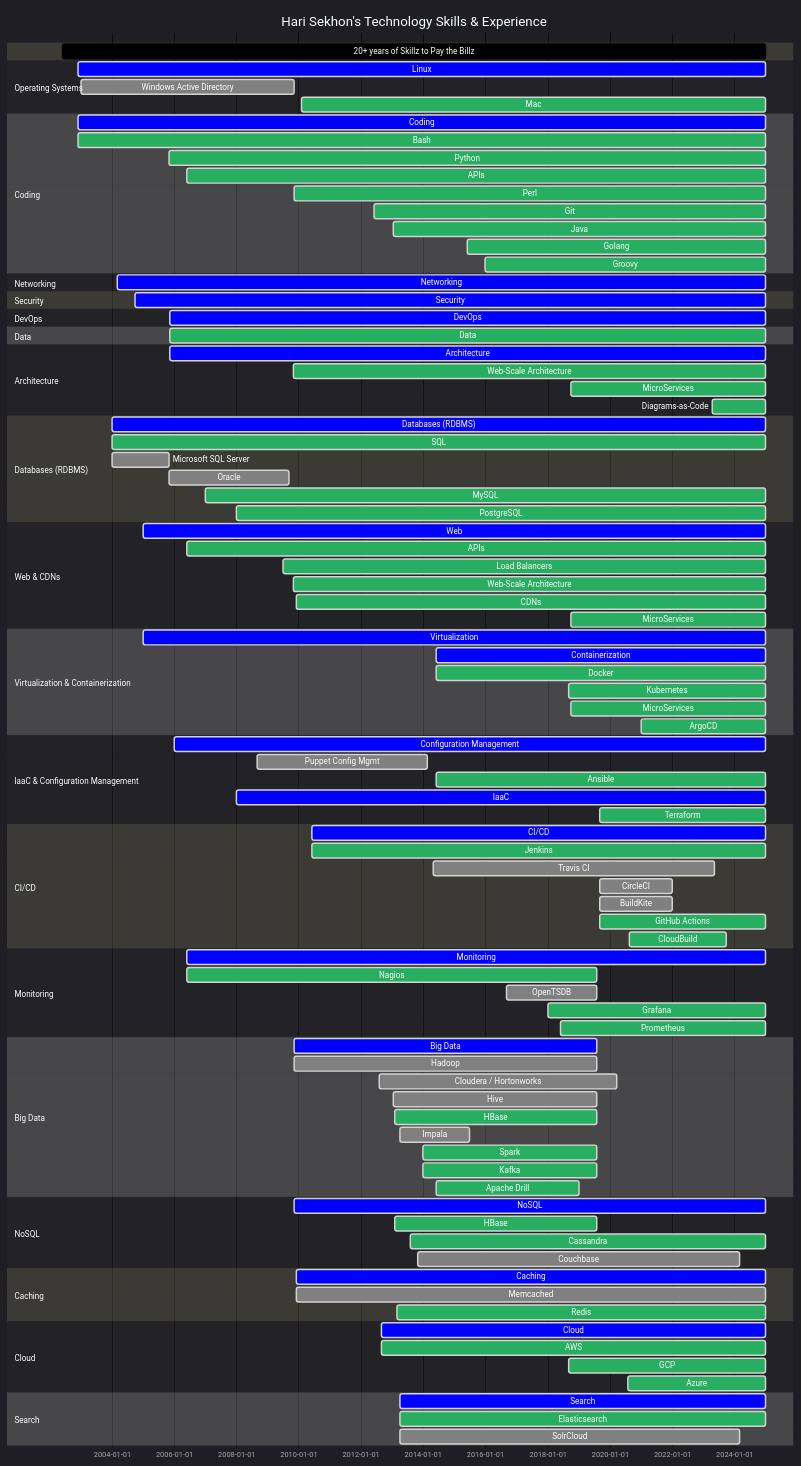
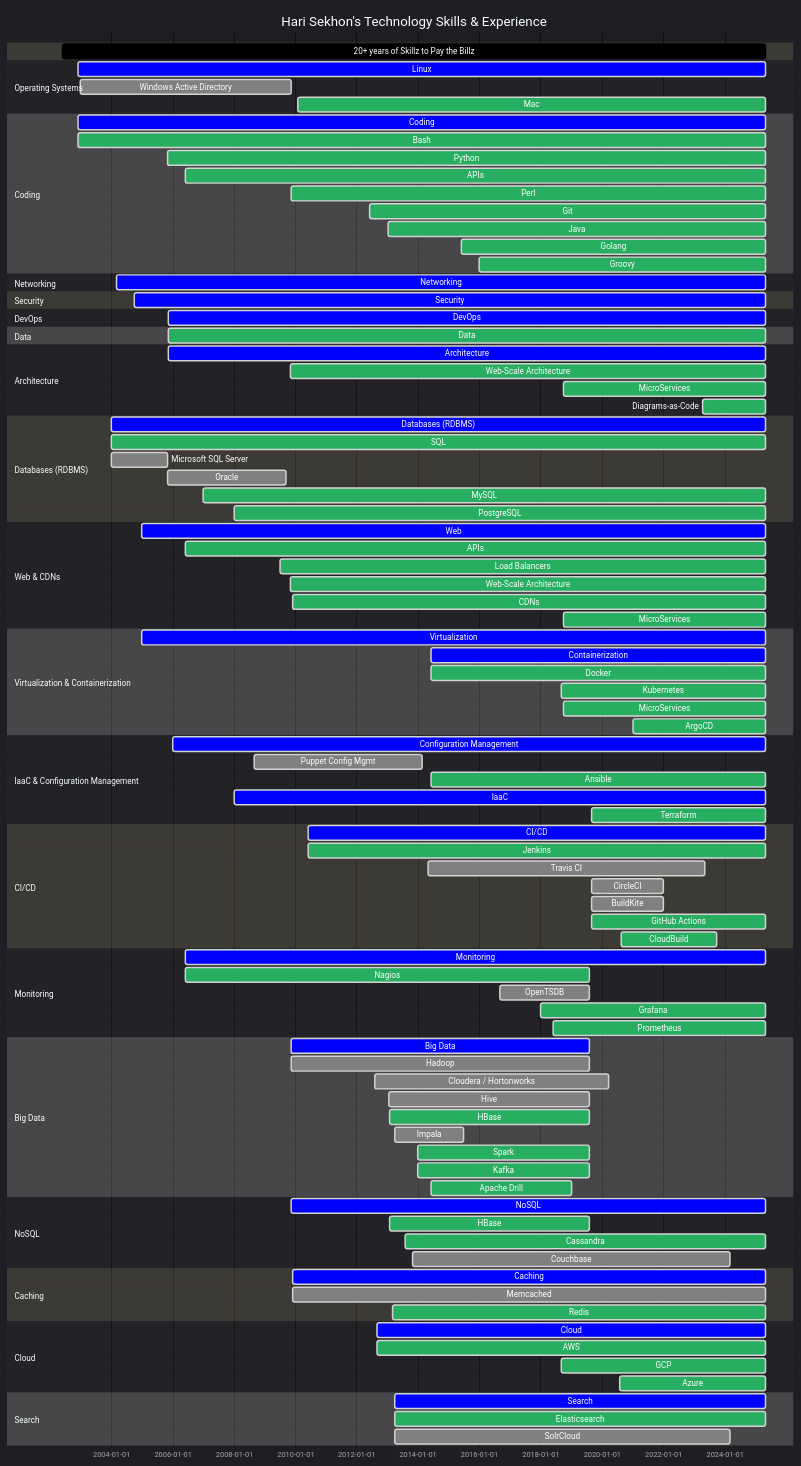
Before and after one commit to HariSekhon/HariSekhon: the second of 2 diagrams in README.md, drawn with Mermaid. The commit also changed other lines of this file, not shown here.

````diff
--- a/README.md
+++ b/README.md
@@ -1367,129 +1367,129 @@
     title Hari Sekhon's Technology Skills & Experience
     dateFormat  YYYY-MM-DD
 
-    20+ years of Skillz to Pay the Billz : 2002-06-01, 2024-12-31
+    20+ years of Skillz to Pay the Billz : 2002-06-01, 2025-04-30
 
     section Operating Systems
-    Linux                    : crit, 2002-12-01, 2024-12-31
+    Linux                    : crit, 2002-12-01, 2025-04-30
     Windows Active Directory : done, 2003-01-01, 2009-11-10
-    %%Redhat Linux             : active, 2002-12-01, 2024-12-31
-    %%Debian Linux             : active, 2003-01-01, 2024-12-31
+    %%Redhat Linux             : active, 2002-12-01, 2025-04-30
+    %%Debian Linux             : active, 2003-01-01, 2025-04-30
     %%Gentoo Linux             : done, 2004-06-01, 2009-11-10
-    %%Ubuntu Linux             : active, 2006-06-01, 2024-12-31
-    %%Alpine Linux             : done, 2016-01-01, 2024-12-31
-    Mac                      : active, 2010-02-01, 2024-12-31
+    %%Ubuntu Linux             : active, 2006-06-01, 2025-04-30
+    %%Alpine Linux             : done, 2016-01-01, 2025-04-30
+    Mac                      : active, 2010-02-01, 2025-04-30
 
     section Coding
-    Coding                 : crit, 2002-12-01, 2024-12-31
-    Bash                   : active, 2002-12-01, 2024-12-31
-    Python                 : active, 2005-11-01, 2024-12-31
-    APIs                   : active, 2006-06-01, 2024-12-31
+    Coding                 : crit, 2002-12-01, 2025-04-30
+    Bash                   : active, 2002-12-01, 2025-04-30
+    Python                 : active, 2005-11-01, 2025-04-30
+    APIs                   : active, 2006-06-01, 2025-04-30
     %%VBScript               : done, 2005-05-01, 2009-11-01
-    Perl                   : active, 2009-11-13, 2024-12-31
-    Git                    : active, 2012-06-01, 2024-12-31
+    Perl                   : active, 2009-11-13, 2025-04-30
+    Git                    : active, 2012-06-01, 2025-04-30
     %%Ruby                   : done, 2009-11-13, 2013-01-31
-    Java                   : active, 2013-01-13, 2024-12-31
+    Java                   : active, 2013-01-13, 2025-04-30
     %%Jython                 : done, 2013-01-13, 2015-12-31
     %%JRuby                  : done, 2013-03-01, 2013-08-31
     %%Scala                  : done, 2014-01-01, 2015-12-31
-    Golang                 : active, 2015-06-01, 2024-12-31
-    Groovy                 : active, 2016-01-01, 2024-12-31
+    Golang                 : active, 2015-06-01, 2025-04-30
+    Groovy                 : active, 2016-01-01, 2025-04-30
 
     %%section Build Systems
-    %%Make                   : active, 2006-06-01, 2024-12-31
-    %%Maven                  : active, 2013-02-01, 2024-12-31
-    %%SBT                    : active, 2014-01-01, 2024-12-31
-    %%Gradle                 : active, 2014-06-01, 2024-12-31
+    %%Make                   : active, 2006-06-01, 2025-04-30
+    %%Maven                  : active, 2013-02-01, 2025-04-30
+    %%SBT                    : active, 2014-01-01, 2025-04-30
+    %%Gradle                 : active, 2014-06-01, 2025-04-30
 
     %%section Version Control Systems
     %%Subversion             : done, 2005-11-13, 2012-06-01
     %%Mercurial              : done, 2011-06-01, 2013-06-01
-    %%Git                    : active, 2012-06-01, 2024-12-31
-    %%GitHub                 : active, 2012-12-31, 2024-12-31
+    %%Git                    : active, 2012-06-01, 2025-04-30
+    %%GitHub                 : active, 2012-12-31, 2025-04-30
 
     section Networking
-    Networking             : crit, 2004-03-01, 2024-12-31
-    %%VPNs                   : active, 2006-06-01, 2024-12-31
-    %%Cisco - IOS / NX-OS    : done, 2004-03-01, 2024-12-31
+    Networking             : crit, 2004-03-01, 2025-04-30
+    %%VPNs                   : active, 2006-06-01, 2025-04-30
+    %%Cisco - IOS / NX-OS    : done, 2004-03-01, 2025-04-30
     %%Juniper - Netscreen / SSG / SRX / ScreenOS / JunOS : done, 2007-01-01, 2013-01-18
     %%Netgear                : done, 2005-01-01, 2012-12-31
 
     section Load Balancers
 
     section Security
-    Security               : crit, 2004-10-01, 2024-12-31
-    %%Kerberos               : active, 2006-06-01, 2024-12-31
-    %%LDAP                   : active, 2006-06-01, 2024-12-31
+    Security               : crit, 2004-10-01, 2025-04-30
+    %%Kerberos               : active, 2006-06-01, 2025-04-30
+    %%LDAP                   : active, 2006-06-01, 2025-04-30
 
     section DevOps
-    DevOps                   : crit, 2005-11-11, 2024-12-31
+    DevOps                   : crit, 2005-11-11, 2025-04-30
 
     section Data
-    Data                   : active, 2005-11-11, 2024-12-31
-    %%Data Validation        : done, 2006-06-01, 2024-12-31
-    %%Data Science           : done, 2013-01-18, 2024-12-31
+    Data                   : active, 2005-11-11, 2025-04-30
+    %%Data Validation        : done, 2006-06-01, 2025-04-30
+    %%Data Science           : done, 2013-01-18, 2025-04-30
 
     section Architecture
-    Architecture            : crit,   2005-11-11, 2024-12-31
-    Web-Scale Architecture  : active, 2009-11-01, 2024-12-31
-    MicroServices           : active, 2018-10-01, 2024-12-31
-    Diagrams-as-Code        : active, 2023-04-14, 2024-12-31
+    Architecture            : crit,   2005-11-11, 2025-04-30
+    Web-Scale Architecture  : active, 2009-11-01, 2025-04-30
+    MicroServices           : active, 2018-10-01, 2025-04-30
+    Diagrams-as-Code        : active, 2023-04-14, 2025-04-30
 
     section Databases (RDBMS)
-    Databases (RDBMS)      : crit, 2004-01-01, 2024-12-31
-    SQL                    : active, 2004-01-01, 2024-12-31
+    Databases (RDBMS)      : crit, 2004-01-01, 2025-04-30
+    SQL                    : active, 2004-01-01, 2025-04-30
     Microsoft SQL Server   : done, 2004-01-01, 2005-10-31
     Oracle                 : done, 2005-11-01, 2009-09-10
-    MySQL                  : active, 2007-01-01, 2024-12-31
-    PostgreSQL             : active, 2008-01-01, 2024-12-31
+    MySQL                  : active, 2007-01-01, 2025-04-30
+    PostgreSQL             : active, 2008-01-01, 2025-04-30
 
     section Web & CDNs
-    Web                    : crit, 2005-01-01, 2024-12-31
-    APIs                   : active, 2006-06-01, 2024-12-31
+    Web                    : crit, 2005-01-01, 2025-04-30
+    APIs                   : active, 2006-06-01, 2025-04-30
 
-    Load Balancers         : active, 2009-07-01, 2024-12-31
+    Load Balancers         : active, 2009-07-01, 2025-04-30
     %%LVS                    : done, 2009-01-01, 2009-11-11
     %%Foundry - ServerIron XL / 4G : done, 2009-10-13, 2011-11-31
     %%F5 BigIP               : done, 2010-06-01, 2013-01-18
-    %%HAProxy                : active, 2018-04-01, 2024-12-31
-    %%Kong                   : active, 2023-03-01, 2024-12-31
-    %%Traefik                : active, 2023-03-01, 2024-12-31
+    %%HAProxy                : active, 2018-04-01, 2025-04-30
+    %%Kong                   : active, 2023-03-01, 2025-04-30
+    %%Traefik                : active, 2023-03-01, 2025-04-30
 
-    Web-Scale Architecture : active, 2009-11-01, 2024-12-31
-    CDNs                   : active, 2009-12-01, 2024-12-31
+    Web-Scale Architecture : active, 2009-11-01, 2025-04-30
+    CDNs                   : active, 2009-12-01, 2025-04-30
     %%UlraDNS                : done, 2009-11-01, 2012-06-31
     %%Cotendo                : done, 2012-06-01, 2013-01-13
-    %%Cloudflare             : active, 2020-08-20, 2024-12-31
-    MicroServices            : active, 2018-10-01, 2024-12-31
+    %%Cloudflare             : active, 2020-08-20, 2025-04-30
+    MicroServices            : active, 2018-10-01, 2025-04-30
 
     section Virtualization & Containerization
-    Virtualization         : crit, 2005-01-01, 2024-12-31
+    Virtualization         : crit, 2005-01-01, 2025-04-30
     %%VMware ESX, ESXi, VirtualBox : done, 2005-01-01, 2017-02-16
     %%Vagrant                : active, 2013-01-01, 2023-12-31
-    Containerization       : crit, 2014-06-01, 2024-12-31
-    Docker                 : active, 2014-06-01, 2024-12-31
-    Kubernetes             : active, 2018-09-01, 2024-12-31
-    MicroServices          : active, 2018-10-01, 2024-12-31
-    ArgoCD                 : active, 2021-01-01, 2024-12-31
+    Containerization       : crit, 2014-06-01, 2025-04-30
+    Docker                 : active, 2014-06-01, 2025-04-30
+    Kubernetes             : active, 2018-09-01, 2025-04-30
+    MicroServices          : active, 2018-10-01, 2025-04-30
+    ArgoCD                 : active, 2021-01-01, 2025-04-30
 
     section IaaC & Configuration Management
-    Configuration Management :crit, 2006-01-01, 2024-12-31
+    Configuration Management :crit, 2006-01-01, 2025-04-30
     Puppet Config Mgmt     : done, 2008-09-01, 2014-02-18
-    Ansible                : active, 2014-06-01, 2024-12-31
-    IaaC                   :crit, 2008-01-01, 2024-12-31
-    Terraform              :active, 2019-09-01, 2024-12-31
+    Ansible                : active, 2014-06-01, 2025-04-30
+    IaaC                   :crit, 2008-01-01, 2025-04-30
+    Terraform              :active, 2019-09-01, 2025-04-30
     %%Terraform Cloud        : active, 2021-09-01, 2022-09-31
-    %%Kickstart              : active, 2008-01-01, 2024-12-31
-    %%Preseed                : active, 2009-01-01, 2024-12-31
-    %%AutoInstall            : active, 2023-01-01, 2024-12-31
+    %%Kickstart              : active, 2008-01-01, 2025-04-30
+    %%Preseed                : active, 2009-01-01, 2025-04-30
+    %%AutoInstall            : active, 2023-01-01, 2025-04-30
 
     section CI/CD
-    CI/CD                  : crit, 2010-06-01, 2024-12-31
-    Jenkins                : active, 2010-06-01, 2024-12-31
+    CI/CD                  : crit, 2010-06-01, 2025-04-30
+    Jenkins                : active, 2010-06-01, 2025-04-30
     Travis CI              : done, 2014-05-01, 2023-05-08
     CircleCI               : done, 2019-09-01, 2021-12-31
     BuildKite              : done, 2019-09-01, 2021-12-31
-    GitHub Actions         : active, 2019-09-01, 2024-12-31
+    GitHub Actions         : active, 2019-09-01, 2025-04-30
     %%GitLab                 : active, 2019-09-01, 2022-12-31
     %%Azure DevOps           : done, 2019-09-01, 2022-12-31
     %%Bitbucket              : done, 2019-09-01, 2022-12-31
@@ -1498,11 +1498,11 @@
     CloudBuild             : active, 2020-08-20, 2023-09-30
 
     section Monitoring
-    Monitoring             : crit, 2006-06-01, 2024-12-31
+    Monitoring             : crit, 2006-06-01, 2025-04-30
     Nagios                 : active, 2006-06-01, 2019-07-31
     OpenTSDB               : done, 2016-09-01, 2019-07-31
-    Grafana                : active, 2018-01-01, 2024-12-31
-    Prometheus             : active, 2018-06-01, 2024-12-31
+    Grafana                : active, 2018-01-01, 2025-04-30
+    Prometheus             : active, 2018-06-01, 2025-04-30
     %%Pingdom                : done, 2020-08-20, 2023-09-17
     %%Datadog                : done, 2022-08-20, 2023-09-17
 
@@ -1520,28 +1520,28 @@
     Apache Drill           : active, 2014-06-01, 2018-12-31
 
     section NoSQL
-    NoSQL                  : crit, 2009-11-13, 2024-12-31
+    NoSQL                  : crit, 2009-11-13, 2025-04-30
     HBase                  : active, 2013-02-01, 2019-07-31
     %%MongoDB                : done, 2013-06-01, 2013-12-31
-    Cassandra              : active, 2013-08-01, 2024-12-31
+    Cassandra              : active, 2013-08-01, 2025-04-30
     Couchbase              : done, 2013-11-01, 2024-03-01
 
     section Caching
-    Caching                : crit, 2009-11-31, 2024-12-31
-    Memcached              : done, 2009-11-31, 2024-12-31
-    Redis                  : active, 2013-03-01, 2024-12-31
+    Caching                : crit, 2009-11-31, 2025-04-30
+    Memcached              : done, 2009-11-31, 2025-04-30
+    Redis                  : active, 2013-03-01, 2025-04-30
 
     section Cloud
-    Cloud            : crit, 2012-09-01, 2024-12-31
-    AWS              : active, 2012-09-01, 2024-12-31
-    GCP              : active, 2018-09-01, 2024-12-31
-    Azure            : active, 2020-08-01, 2024-12-31
+    Cloud            : crit, 2012-09-01, 2025-04-30
+    AWS              : active, 2012-09-01, 2025-04-30
+    GCP              : active, 2018-09-01, 2025-04-30
+    Azure            : active, 2020-08-01, 2025-04-30
 
     section Search
-    Search                 : crit, 2013-03-31, 2024-12-31
-    Elasticsearch          : active, 2013-03-31, 2024-12-31
-    %%LogStash               : done, 2013-03-31, 2024-12-31
-    %%Fluentd                : crit, 2018-03-31, 2024-12-31
-    %%Kibana                 : crit, 2013-03-31, 2024-12-31
+    Search                 : crit, 2013-03-31, 2025-04-30
+    Elasticsearch          : active, 2013-03-31, 2025-04-30
+    %%LogStash               : done, 2013-03-31, 2025-04-30
+    %%Fluentd                : crit, 2018-03-31, 2025-04-30
+    %%Kibana                 : crit, 2013-03-31, 2025-04-30
     SolrCloud              : done, 2013-04-01, 2024-03-01
 ```
````
